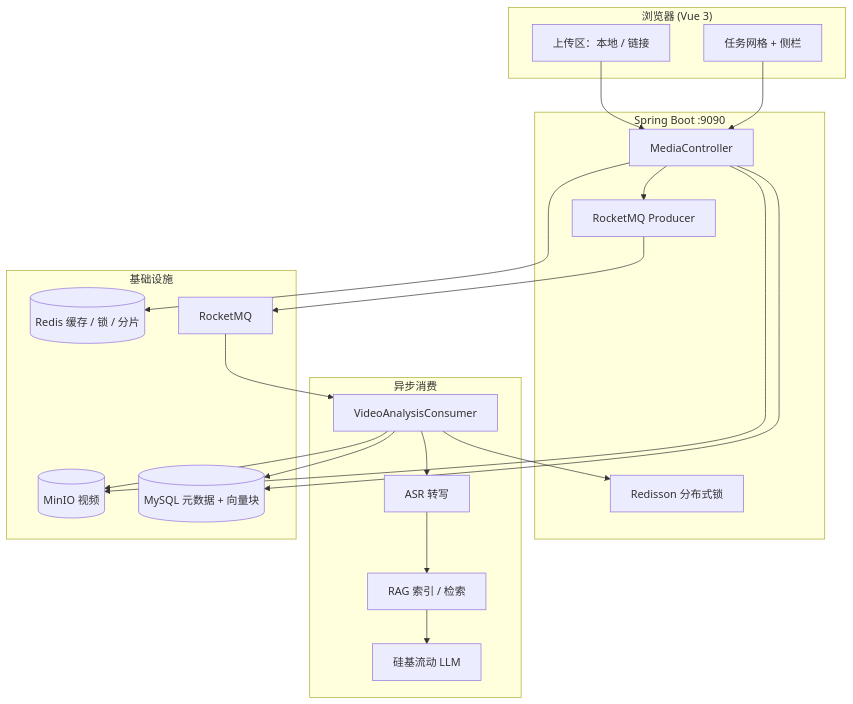
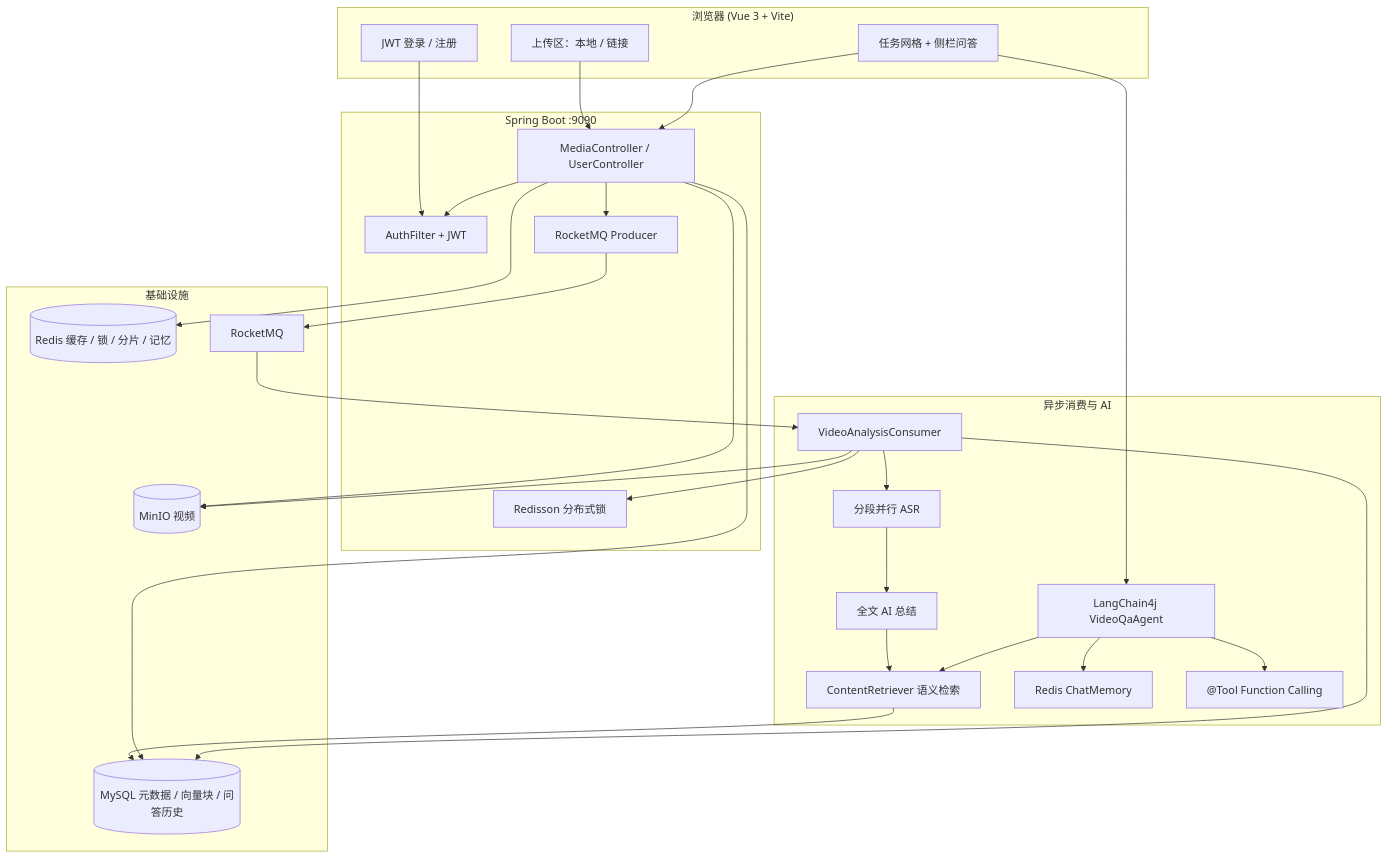
The diagram in README.md (Yongxincc/MindVideo-AISum), drawn with Mermaid before and after one commit. The commit also changed other lines of this file, not shown here.

````diff
--- a/README.md
+++ b/README.md
@@ -104,42 +106,54 @@
 ```mermaid
 flowchart TB
-  subgraph Client["浏览器 (Vue 3)"]
+  subgraph Client["浏览器 (Vue 3 + Vite)"]
     U[上传区：本地 / 链接]
-    G[任务网格 + 侧栏]
+    G[任务网格 + 侧栏问答]
+    A[JWT 登录 / 注册]
   end
 
   subgraph API["Spring Boot :9090"]
-    C[MediaController]
+    C[MediaController / UserController]
+    F[AuthFilter + JWT]
     Q[RocketMQ Producer]
     L[Redisson 分布式锁]
   end
 
-  subgraph Async["异步消费"]
+  subgraph Async["异步消费与 AI"]
     M[VideoAnalysisConsumer]
-    ASR[ASR 转写]
-    RAG[RAG 索引 / 检索]
-    LLM[硅基流动 LLM]
+    ASR[分段并行 ASR]
+    SUM[全文 AI 总结]
+    AG[LangChain4j VideoQaAgent]
+    RET[ContentRetriever 语义检索]
+    MEM[Redis ChatMemory]
+    TOOL["@Tool Function Calling"]
   end
 
   subgraph Storage["基础设施"]
     MINIO[(MinIO 视频)]
-    MYSQL[(MySQL 元数据 + 向量块)]
-    REDIS[(Redis 缓存 / 锁 / 分片)]
+    MYSQL[(MySQL 元数据 / 向量块 / 问答历史)]
+    REDIS[(Redis 缓存 / 锁 / 分片 / 记忆)]
     RMQ[RocketMQ]
   end
 
+  A --> F
   U --> C
   G --> C
+  C --> F
   C --> MINIO
   C --> Q
   Q --> RMQ
   RMQ --> M
   M --> L
   M --> ASR
-  ASR --> RAG
-  RAG --> LLM
+  ASR --> SUM
+  SUM --> RET
+  G --> AG
+  AG --> RET
+  AG --> MEM
+  AG --> TOOL
+  RET --> MYSQL
   C --> REDIS
   C --> MYSQL
   M --> MYSQL
   M --> MINIO
 ```
````
